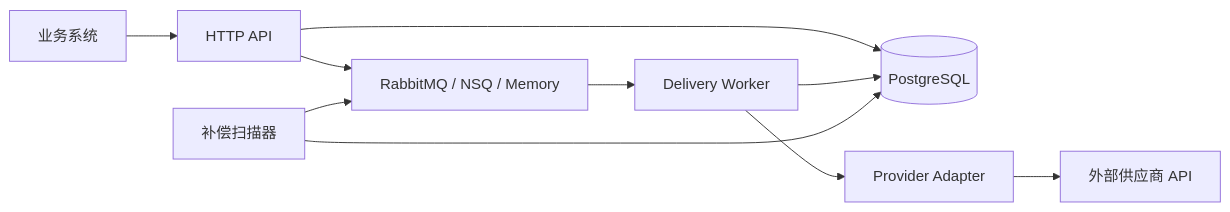
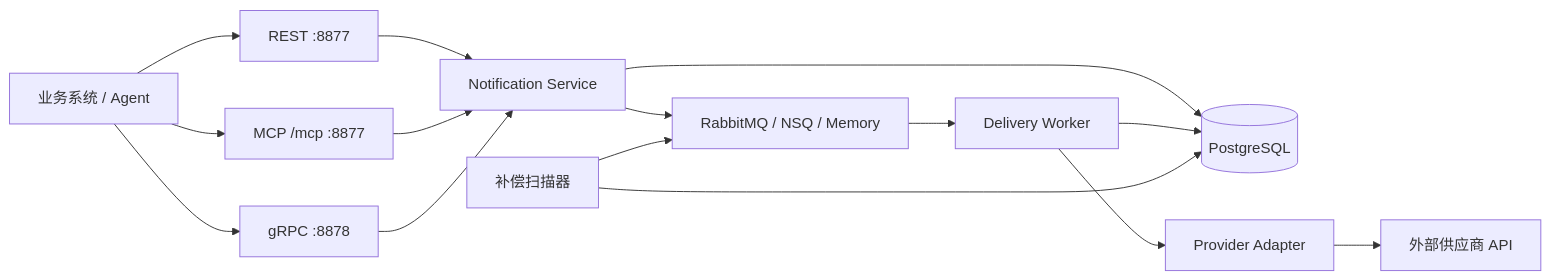
The diagram in README.md (wxytjustb/rc_rokywang), drawn with Mermaid before and after one commit. The commit also changed other lines of this file and 46 other files, not shown here.

````diff
--- a/README.md
+++ b/README.md
@@ -31,12 +32,17 @@
 ```mermaid
 flowchart LR
-    Client["业务系统"] --> API["HTTP API"]
-    API --> DB[("PostgreSQL")]
-    API --> MQ["RabbitMQ / NSQ / Memory"]
+    Client["业务系统 / Agent"] --> REST["REST :8877"]
+    Client --> MCP["MCP /mcp :8877"]
+    Client --> GRPC["gRPC :8878"]
+    REST --> Service["Notification Service"]
+    MCP --> Service
+    GRPC --> Service
+    Service --> DB[("PostgreSQL")]
+    Service --> MQ["RabbitMQ / NSQ / Memory"]
     MQ --> Worker["Delivery Worker"]
     Worker --> Adapter["Provider Adapter"]
     Adapter --> Provider["外部供应商 API"]
     Worker --> DB
     Compensator["补偿扫描器"] --> DB
     Compensator --> MQ
 ```
````
